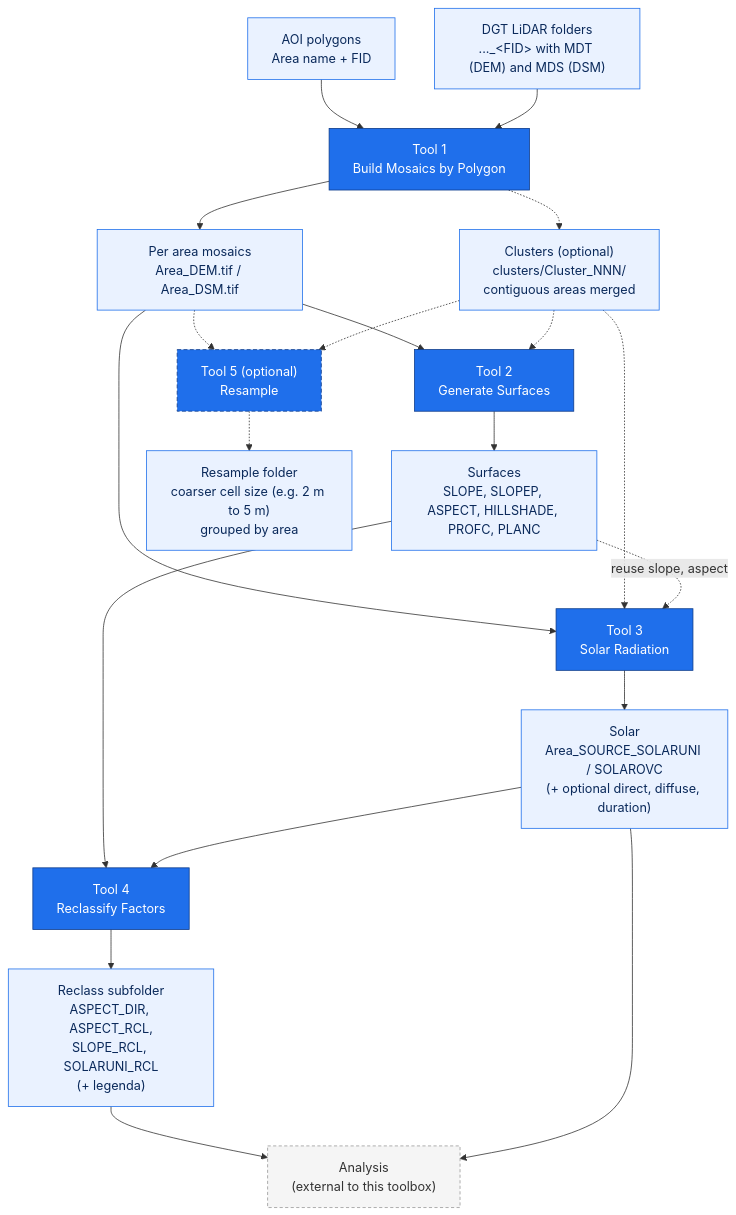
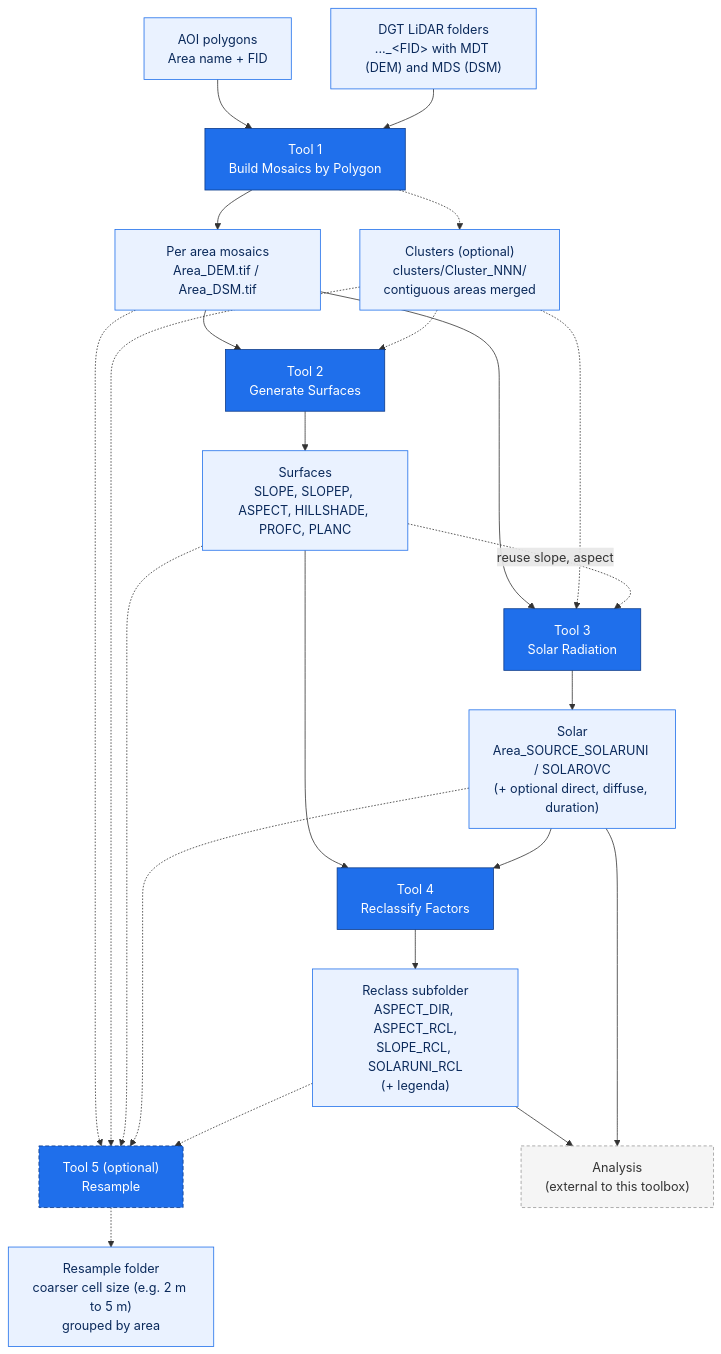
One commit to PedroMMGoncalves/lidar-terrain-arcgis-tools changed the diagram in README.md. Above: the diagram before and after it, drawn with Mermaid. The commit also changed other lines of this file, not shown here.

````diff
--- a/README.md
+++ b/README.md
@@ -38,34 +38,37 @@
 ```mermaid
 flowchart TD
     AOI["AOI polygons<br/>Area name + FID"]
     LID["DGT LiDAR folders<br/>..._&lt;FID&gt; with MDT (DEM) and MDS (DSM)"]
     AOI --> T1
     LID --> T1
     T1["Tool 1<br/>Build Mosaics by Polygon"]
     T1 --> M["Per area mosaics<br/>Area_DEM.tif / Area_DSM.tif"]
     T1 -.-> CL["Clusters (optional)<br/>clusters/Cluster_NNN/<br/>contiguous areas merged"]
     M --> T2["Tool 2<br/>Generate Surfaces"]
     M --> T3["Tool 3<br/>Solar Radiation"]
     M -.-> T5["Tool 5 (optional)<br/>Resample"]
     CL -.-> T2
     CL -.-> T3
     CL -.-> T5
     T2 --> S["Surfaces<br/>SLOPE, SLOPEP, ASPECT, HILLSHADE, PROFC, PLANC"]
     S -.->|reuse slope, aspect| T3
     T3 --> SOL["Solar<br/>Area_SOURCE_SOLARUNI / SOLAROVC<br/>(+ optional direct, diffuse, duration)"]
     T5 -.-> RS["Resample folder<br/>coarser cell size (e.g. 2 m to 5 m)<br/>grouped by area"]
+    S -.-> T5
+    SOL -.-> T5
+    RCL -.-> T5
     S --> T4["Tool 4<br/>Reclassify Factors"]
     SOL --> T4
     T4 --> RCL["Reclass subfolder<br/>ASPECT_DIR, ASPECT_RCL,<br/>SLOPE_RCL, SOLARUNI_RCL<br/>(+ legenda)"]
     RCL --> EXT["Analysis<br/>(external to this toolbox)"]
     SOL --> EXT
 
     classDef tool fill:#1f6feb,stroke:#0d3b8a,color:#ffffff;
     classDef opttool fill:#1f6feb,stroke:#0d3b8a,color:#ffffff,stroke-dasharray:5 3;
     classDef data fill:#eaf2ff,stroke:#1f6feb,color:#0b2a5b;
     classDef ext fill:#f5f5f5,stroke:#999999,color:#333333,stroke-dasharray:4 3;
     class T1,T2,T3,T4 tool;
     class T5 opttool;
     class AOI,LID,M,S,SOL,RCL,RS,CL data;
     class EXT ext;
 ```
````
